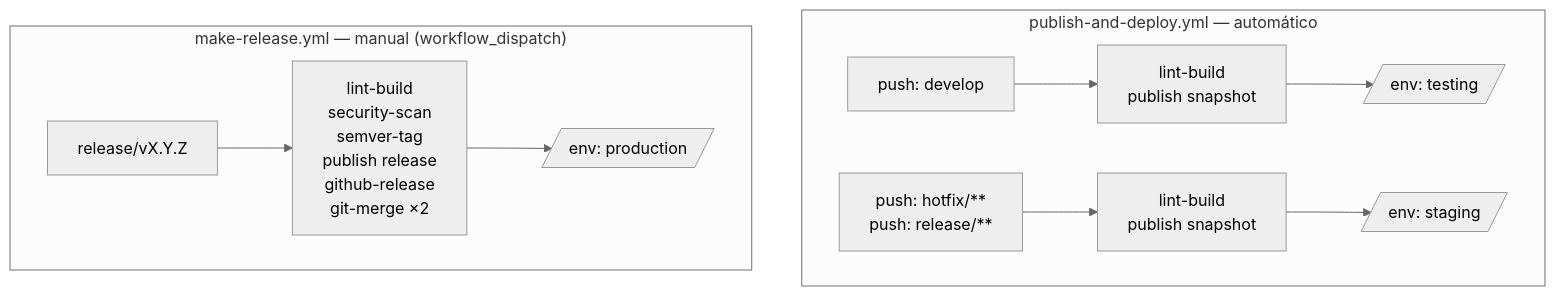
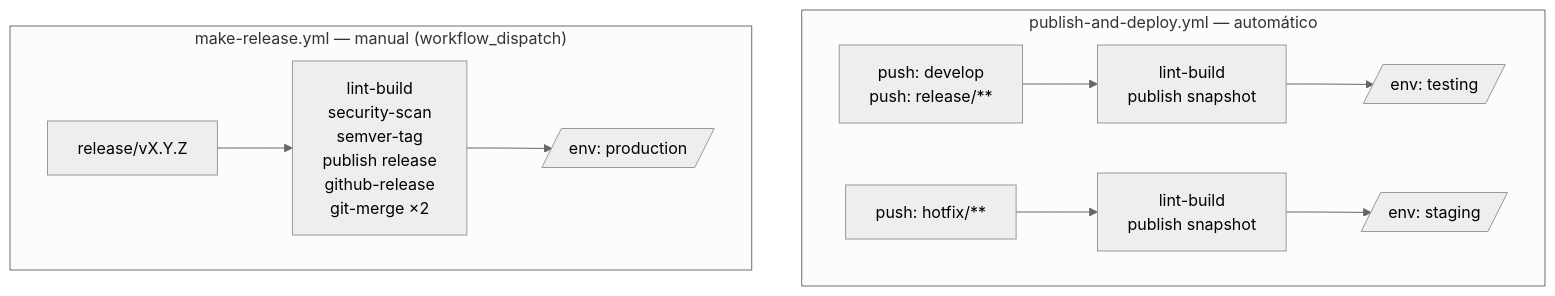
One commit to BQN-UY/CI-CD changed the second of 3 diagrams in docs/migration-v2.md. Above: the diagram before and after it, drawn with Mermaid (neutral theme). The commit also changed other lines of this file and 2 other files, not shown here.

First line of the commit message:
feat: redefinir semántica de ambientes — release/** va a testing, no staging

````diff
--- a/docs/migration-v2.md
+++ b/docs/migration-v2.md
@@ -516,16 +516,16 @@
 ```mermaid
 flowchart TD
     subgraph auto["publish-and-deploy.yml — automático"]
         direction LR
-        p1["push: develop"] --> p2["lint-build\npublish snapshot"]
-        p3["push: hotfix/**\npush: release/**"] --> p4["lint-build\npublish snapshot"]
+        p1["push: develop\npush: release/**"] --> p2["lint-build\npublish snapshot"]
+        p3["push: hotfix/**"] --> p4["lint-build\npublish snapshot"]
         p2 --> dev[/"env: testing"/]
         p4 --> stg1[/"env: staging"/]
     end
 
     subgraph manual["make-release.yml — manual (workflow_dispatch)"]
         direction LR
         m1["release/vX.Y.Z"] --> m2["lint-build\nsecurity-scan\nsemver-tag\npublish release\ngithub-release\ngit-merge ×2"]
         m2 --> prod[/"env: production"/]
     end
 ```
````
